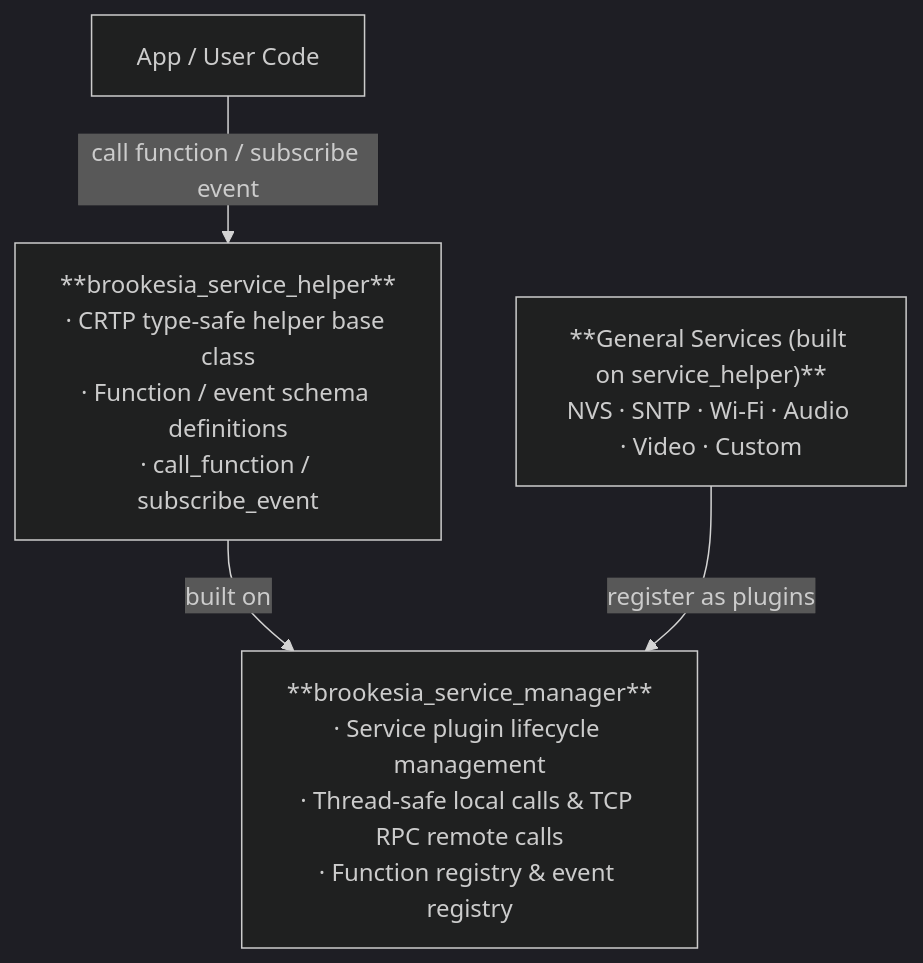
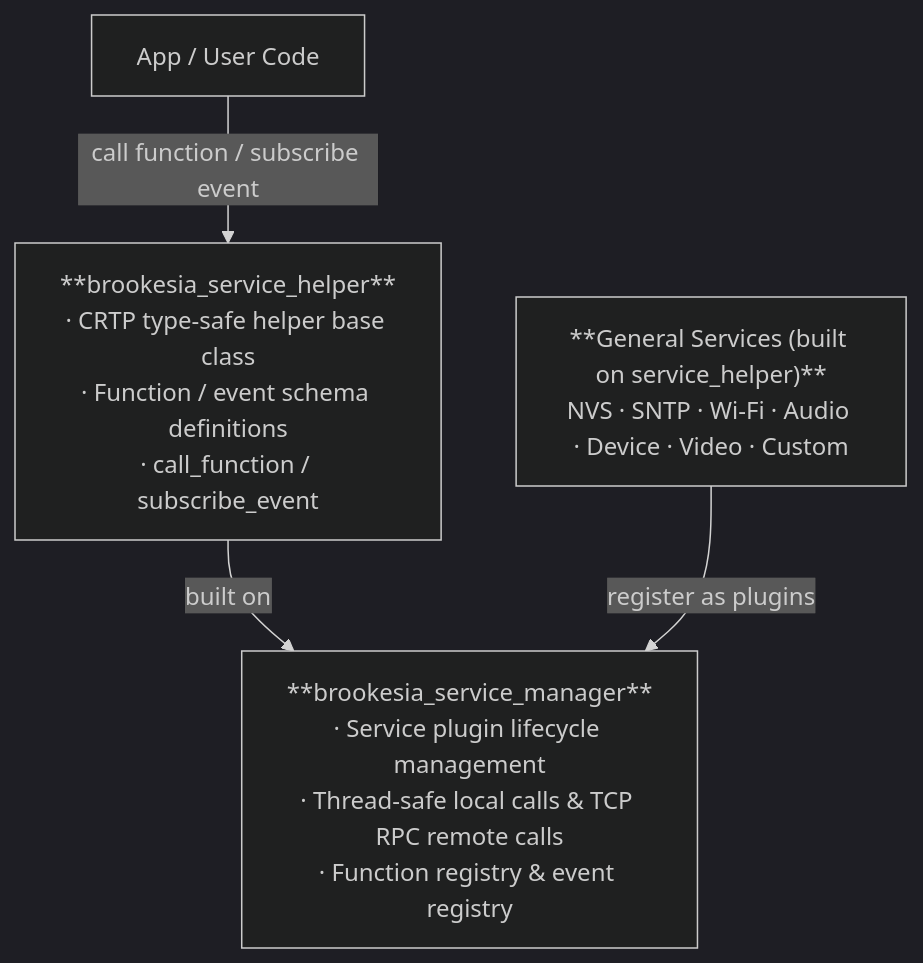
Before and after one commit to espressif/esp-brookesia: the diagram in docs/en/service/index.rst, drawn with Mermaid (dark theme). The commit also changed other lines of this file and 120 other files, not shown here.

Commit message:
feat(examples): update chatbot & audio & console, add device

```diff
--- a/docs/en/service/index.rst
+++ b/docs/en/service/index.rst
@@ -12,11 +12,11 @@
    .. mermaid::
 
       flowchart TD
           App["App / User Code"]
           Helper["**brookesia_service_helper**<br/>· CRTP type-safe helper base class<br/>· Function / event schema definitions<br/>· call_function / subscribe_event"]
           Manager["**brookesia_service_manager**<br/>· Service plugin lifecycle management<br/>· Thread-safe local calls & TCP RPC remote calls<br/>· Function registry & event registry"]
-          Services["**General Services (built on service_helper)**<br/>NVS · SNTP · Wi-Fi · Audio · Video · Custom"]
+          Services["**General Services (built on service_helper)**<br/>NVS · SNTP · Wi-Fi · Audio · Device · Video · Custom"]
 
           App -->|"call function / subscribe event"| Helper
           Helper -->|"built on"| Manager
           Services -->|"register as plugins"| Manager
```
